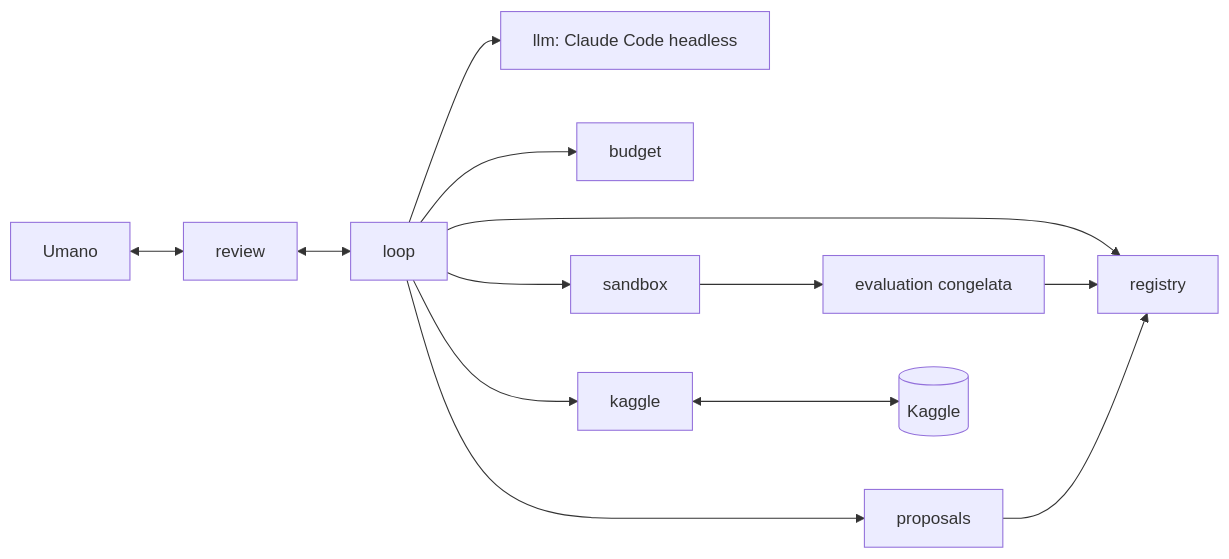
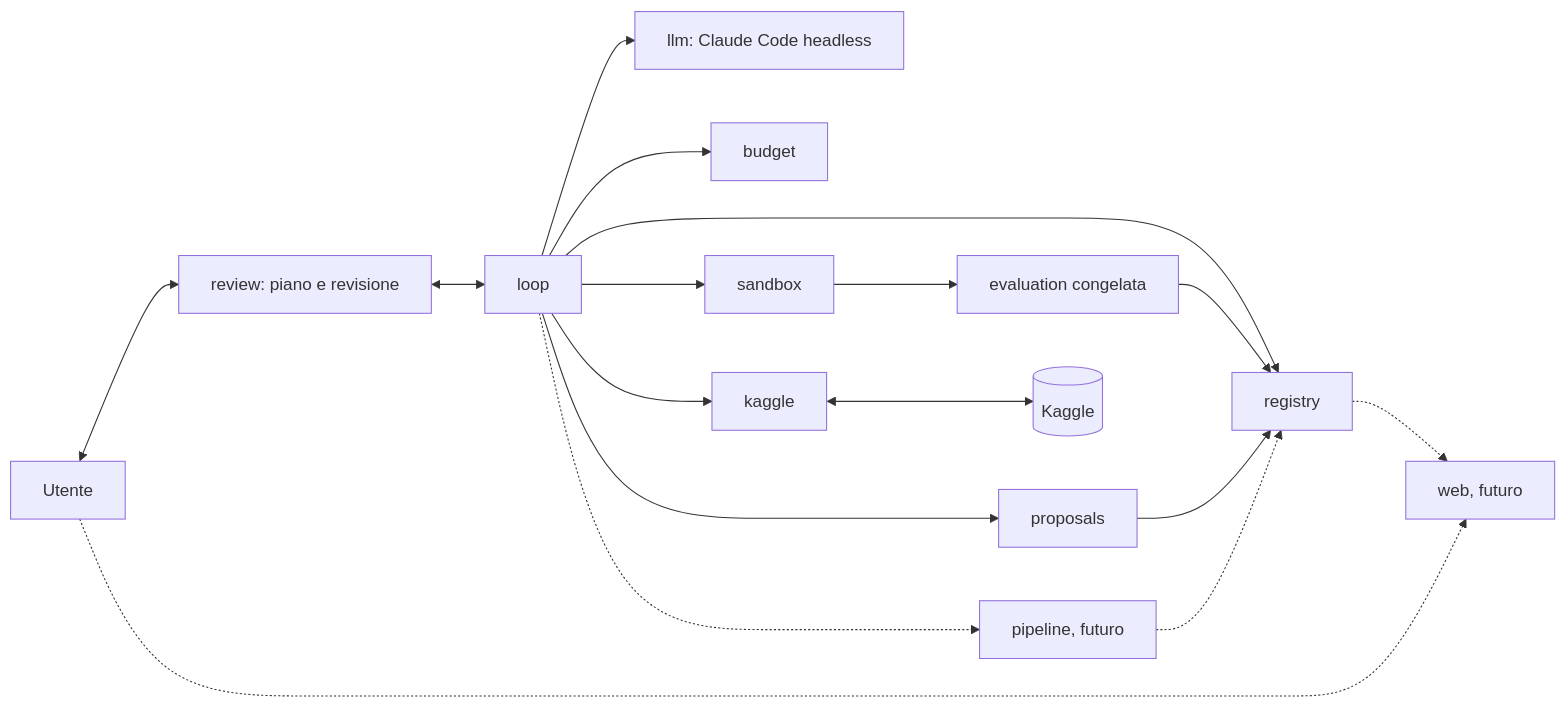
Before and after one commit to a-scaravelli/ds-agent: the diagram in docs/design.md, drawn with Mermaid. The commit also changed other lines of this file, not shown here.

Commit message:
Riscrivi il design: piano breve, ciclo autonomo e tracciabilità

````diff
--- a/docs/design.md
+++ b/docs/design.md
@@ -274,15 +329,19 @@
 ```mermaid
 flowchart LR
-    H[Umano] <--> R[review]
+    H[Utente] <--> R[review: piano e revisione]
     R <--> L[loop]
     L --> P[proposals]
     L --> LM[llm: Claude Code headless]
     L --> B[budget]
     L --> S[sandbox]
     S --> E[evaluation congelata]
     L --> G[registry]
     L --> K[kaggle]
     K <--> KG[(Kaggle)]
     E --> G
     P --> G
+    L -.-> PL[pipeline, futuro]
+    G -.-> W[web, futuro]
+    PL -.-> G
+    H -.-> W
 ```
````
